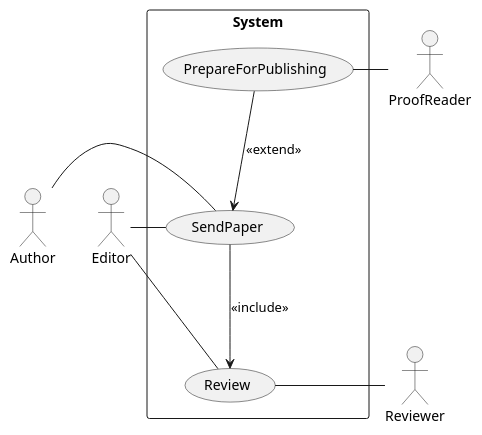
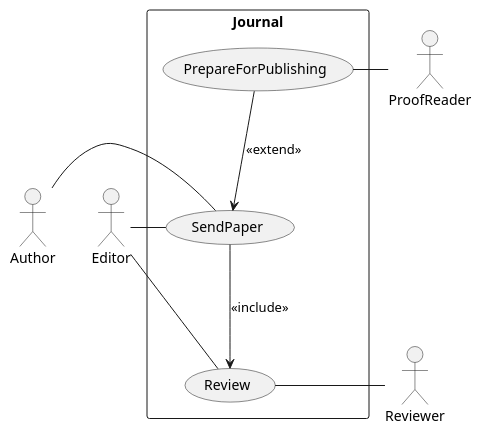
One commit to lisisisan/CASE-2024 changed the diagram in lab4/1.puml. Above: the diagram before and after it, drawn with PlantUML. The commit also changed 6 other files, not shown here.

```diff
--- a/lab4/1.puml
+++ b/lab4/1.puml
@@ -1,18 +1,18 @@
 @startuml
 actor Author
 actor Editor
 actor Reviewer
 actor ProofReader
 
-rectangle "System" {
+rectangle "Journal" {
     Author - (SendPaper)
     Editor - (Review)
     Reviewer - (Review)
     Editor - (SendPaper)
     ProofReader - (PrepareForPublishing)
 
     (SendPaper) --> (Review) : <<include>>
     (PrepareForPublishing) --> (SendPaper) : <<extend>> 
 }
 
 @enduml
```
